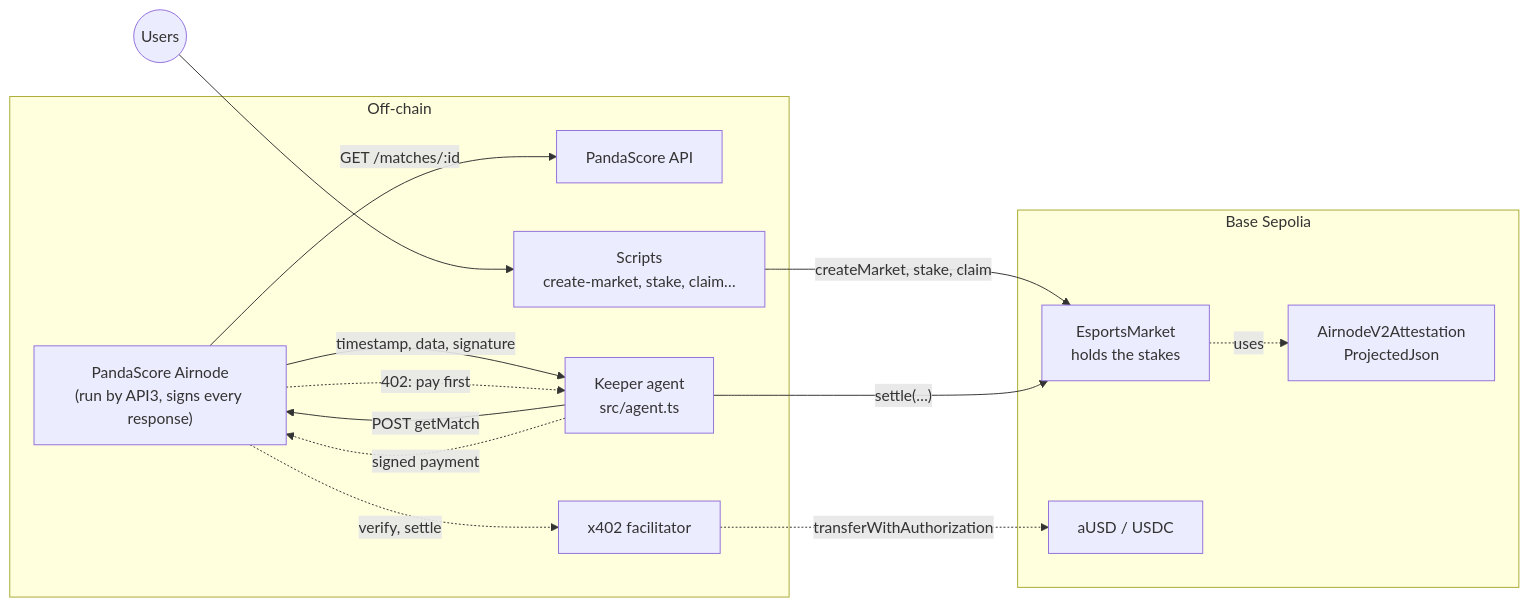
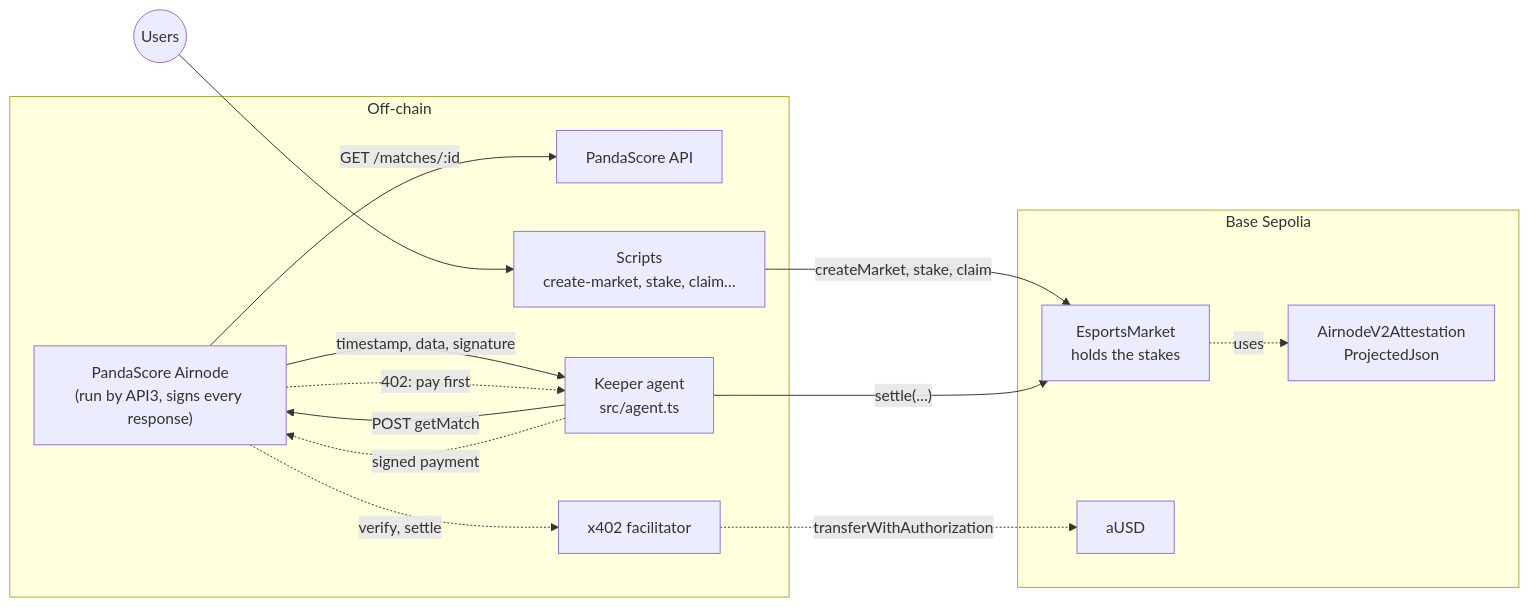
Before and after one commit to billyjitsu/esports-market: the second of 7 diagrams in README.md, drawn with Mermaid. The commit also changed other lines of this file and 16 other files, not shown here.

````diff
--- a/README.md
+++ b/README.md
@@ -144,26 +144,26 @@
 ```mermaid
 flowchart LR
     subgraph Offchain["Off-chain"]
         PS["PandaScore API"]
         AN["PandaScore Airnode<br/>(run by API3, signs every response)"]
         AG["Keeper agent<br/>src/agent.ts"]
         CLI["Scripts<br/>create-market, stake, claim…"]
         FAC["x402 facilitator"]
     end
     subgraph BaseSepolia["Base Sepolia"]
         MK["EsportsMarket<br/>holds the stakes"]
         LIB["AirnodeV2Attestation<br/>ProjectedJson"]
-        TOK["aUSD / USDC"]
+        TOK["aUSD"]
     end
     U(("Users")) --> CLI
     CLI -- "createMarket, stake, claim" --> MK
     AG -- "POST getMatch" --> AN
     AN -- "GET /matches/:id" --> PS
     AN -- "timestamp, data, signature" --> AG
     AG -- "settle(…)" --> MK
     MK -. uses .-> LIB
     AN -. "402: pay first" .-> AG
     AG -. "signed payment" .-> AN
     AN -. "verify, settle" .-> FAC
     FAC -. "transferWithAuthorization" .-> TOK
 ```
````
